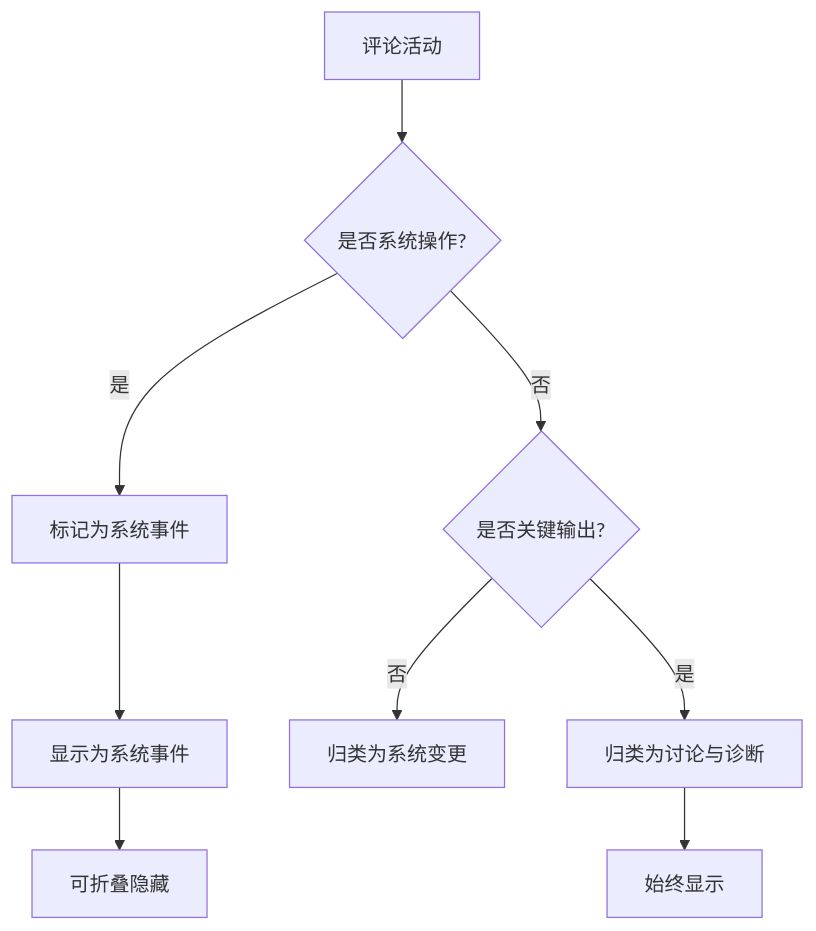
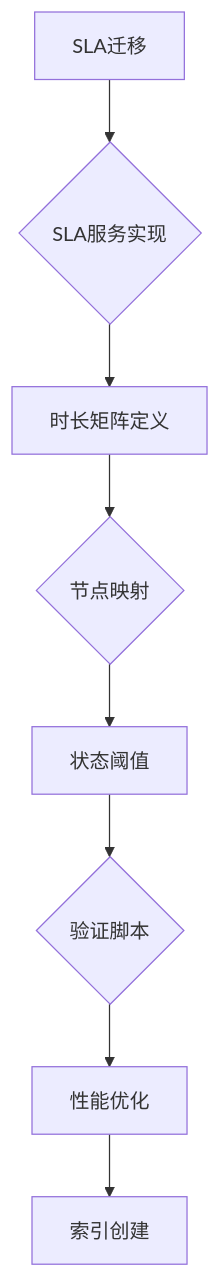
Before and after one commit to CubeEdge/Longhorn: diagram 27 of 30 in .qoder/repowiki/zh/content/前端组件架构/服务工作流增强/服务工作流增强.md, drawn with Mermaid. The commit also changed other lines of this file and 31 other files, not shown here.

````diff
--- a/.qoder/repowiki/zh/content/前端组件架构/服务工作流增强/服务工作流增强.md
+++ b/.qoder/repowiki/zh/content/前端组件架构/服务工作流增强/服务工作流增强.md
@@ -1129,11 +1105,10 @@
 ```mermaid
 flowchart TD
-A[评论活动] --> B{是否系统操作?}
-B --> |是| C[标记为系统事件]
-B --> |否| D{是否关键输出?}
-D --> |是| E[归类为讨论与诊断]
-D --> |否| F[归类为系统变更]
-E --> G[始终显示]
-C --> H[显示为系统事件]
-H --> I[可折叠隐藏]
+A[SLA迁移] --> B{SLA服务实现}
+B --> C[时长矩阵定义]
+C --> D{节点映射}
+D --> E[状态阈值]
+E --> F{验证脚本}
+F --> G[性能优化]
+G --> H[索引创建]
 ```
````
